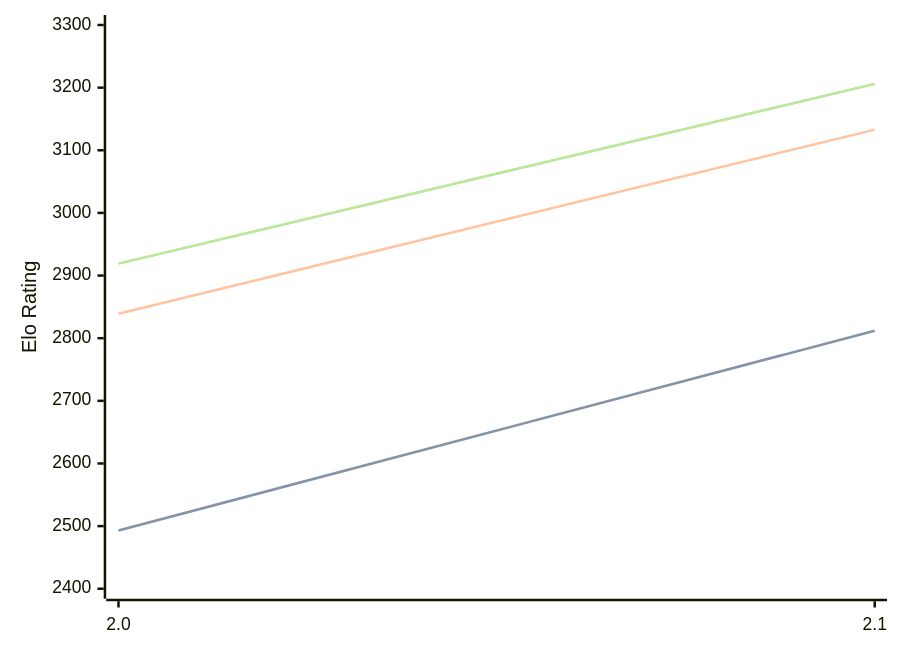
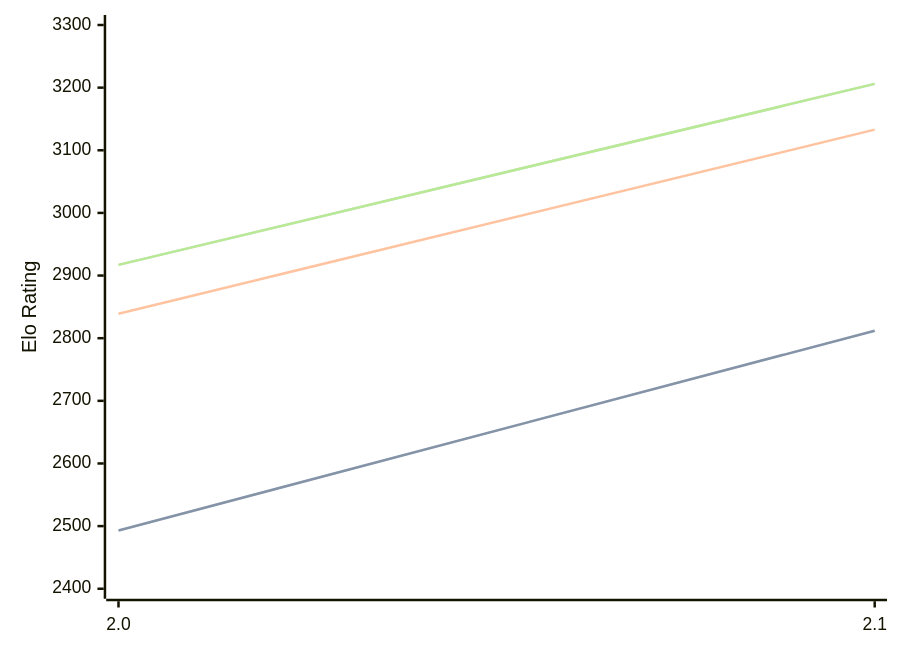
Before and after one commit to computer-chess-index/cci: the diagram in engines/Tunguska.md, drawn with Mermaid. The commit also changed other lines of this file, not shown here.

Commit message:
Update CCI Ratings (ELO VLTC) - 2026-07-28

````diff
--- a/engines/Tunguska.md
+++ b/engines/Tunguska.md
@@ -32,11 +32,11 @@
 ```mermaid
 %%{init: {"theme":"base","themeVariables":{"seriesColors:['#a3a3a3','#222221','#faa371']}}}%%
 xychart-beta
   x-axis ["2.0", "2.1"]
   y-axis "Elo Rating" 2400 --> 3300
   line "STC (8.0+0.08s)" [2493, 2812]
   line "STC (8.0+0.08s)" [2493, 2812]
   line "LTC (60.0+0.60s)" [2839, 3133]
-  line "VLTC (2m24s+1.12s)" [2919, 3206]
-  line "VLTC (2m24s+1.12s)" [2919, 3206]
+  line "VLTC (2m24s+1.12s)" [2917, 3206]
+  line "VLTC (2m24s+1.12s)" [2917, 3206]
 ```
````
